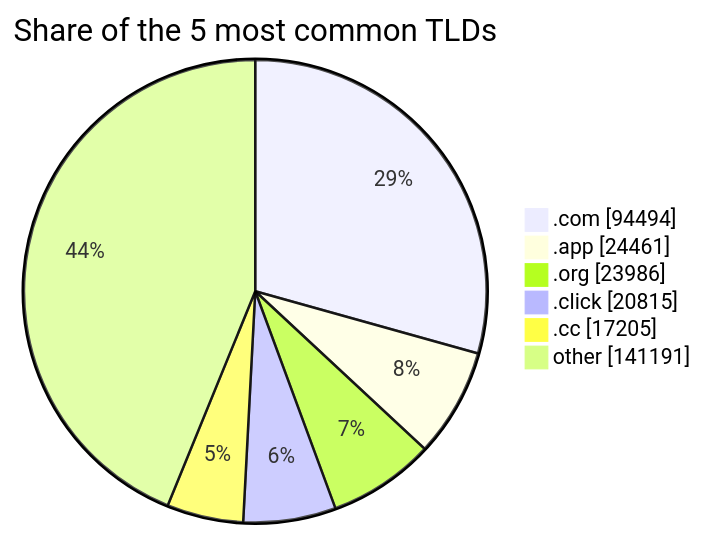
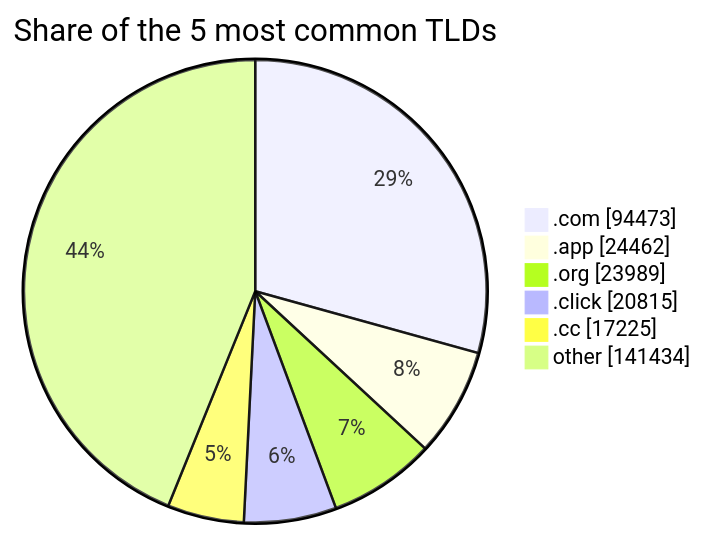
Before and after one commit to DNSBunker/CTI: the third of 3 diagrams in README.md, drawn with Mermaid. The commit also changed other lines of this file and 3 other files, not shown here.

````diff
--- a/README.md
+++ b/README.md
@@ -81,9 +81,9 @@
 ```mermaid
 pie showData title Share of the 5 most common TLDs
-    ".com" : 94494
-    ".app" : 24461
-    ".org" : 23986
+    ".com" : 94473
+    ".app" : 24462
+    ".org" : 23989
     ".click" : 20815
-    ".cc" : 17205
-    "other" : 141191
+    ".cc" : 17225
+    "other" : 141434
 ```
````
